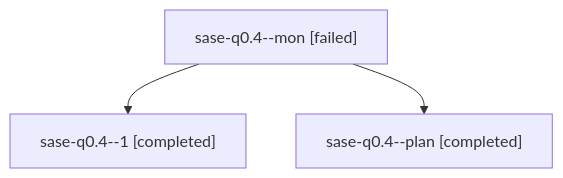
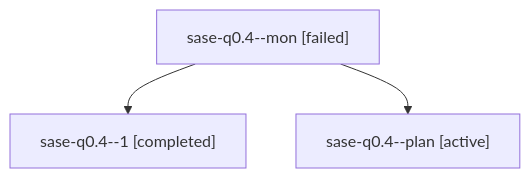
The diagram in families/bbugyi200.athena.sase-q0.4.md (sase-org/sase--agents), drawn with Mermaid before and after one commit. The commit also changed other lines of this file and 35830 other files, not shown here.

````diff
--- a/families/bbugyi200.athena.sase-q0.4.md
+++ b/families/bbugyi200.athena.sase-q0.4.md
@@ -9,8 +9,8 @@
 ```mermaid
 flowchart TD
   n0["sase-q0.4--mon [failed]"]
   n1["sase-q0.4--1 [completed]"]
   n0 --> n1
-  n2["sase-q0.4--plan [completed]"]
+  n2["sase-q0.4--plan [active]"]
   n0 --> n2
 ```
````
